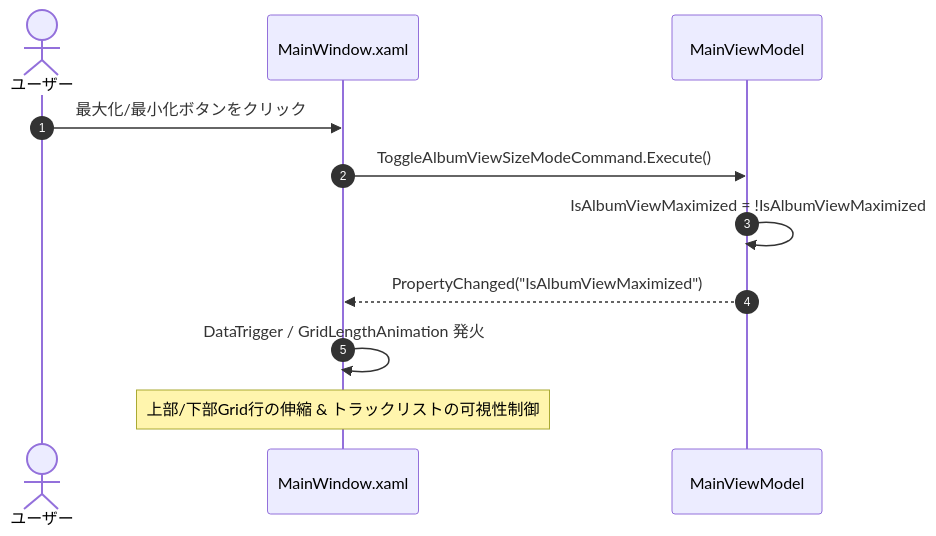
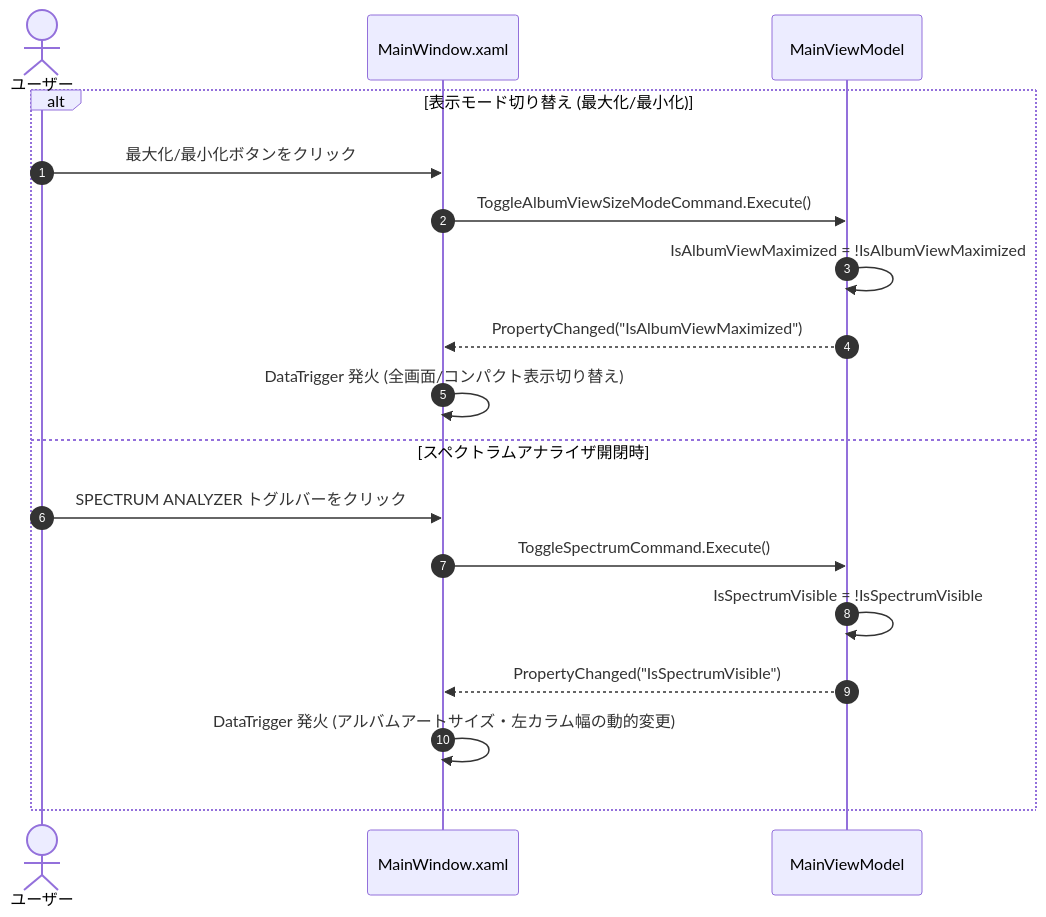
The second of 2 diagrams in 設計/詳細設計/右側アルバム情報表示サイズ切り替え機能.md (taketonnbo/Audio_Effector), drawn with Mermaid before and after one commit. The commit also changed other lines of this file and 2 other files, not shown here.

````diff
--- a/設計/詳細設計/右側アルバム情報表示サイズ切り替え機能.md
+++ b/設計/詳細設計/右側アルバム情報表示サイズ切り替え機能.md
@@ -61,14 +66,21 @@
 ```mermaid
 sequenceDiagram
     autonumber
     actor User as ユーザー
     participant View as MainWindow.xaml
     participant VM as MainViewModel
 
-    User->>View: 最大化/最小化ボタンをクリック
-    View->>VM: ToggleAlbumViewSizeModeCommand.Execute()
-    VM->>VM: IsAlbumViewMaximized = !IsAlbumViewMaximized
-    VM-->>View: PropertyChanged("IsAlbumViewMaximized")
-    View->>View: DataTrigger / GridLengthAnimation 発火
-    Note over View: 上部/下部Grid行の伸縮 & トラックリストの可視性制御
+    alt 表示モード切り替え (最大化/最小化)
+        User->>View: 最大化/最小化ボタンをクリック
+        View->>VM: ToggleAlbumViewSizeModeCommand.Execute()
+        VM->>VM: IsAlbumViewMaximized = !IsAlbumViewMaximized
+        VM-->>View: PropertyChanged("IsAlbumViewMaximized")
+        View->>View: DataTrigger 発火 (全画面/コンパクト表示切り替え)
+    else スペクトラムアナライザ開閉時
+        User->>View: SPECTRUM ANALYZER トグルバーをクリック
+        View->>VM: ToggleSpectrumCommand.Execute()
+        VM->>VM: IsSpectrumVisible = !IsSpectrumVisible
+        VM-->>View: PropertyChanged("IsSpectrumVisible")
+        View->>View: DataTrigger 発火 (アルバムアートサイズ・左カラム幅の動的変更)
+    end
 ```
````
